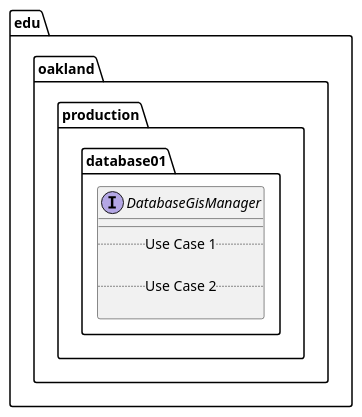
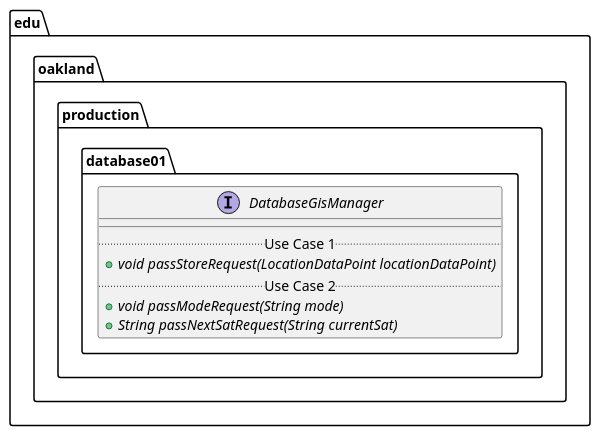
One commit to elilley15/csi-3370-software-project changed the diagram in docs/uml-class-diagrams/database01/production/DatabaseGisManager/DatabaseGisManager.puml. Above: the diagram before and after it, drawn with PlantUML. The commit also changed 7 other files, not shown here.

First line of the commit message:
[Database] Added Database Public Interface UML Class Diagrams (#12)

```diff
--- a/docs/uml-class-diagrams/database01/production/DatabaseGisManager/DatabaseGisManager.puml
+++ b/docs/uml-class-diagrams/database01/production/DatabaseGisManager/DatabaseGisManager.puml
@@ -1,13 +1,14 @@
 @startuml DatabaseGisManager
 
 package edu.oakland.production.database01 {
     interface DatabaseGisManager {
         __
         .. Use Case 1 ..
-
+        {abstract} + void passStoreRequest(LocationDataPoint locationDataPoint)
         .. Use Case 2 ..
-
+        {abstract} + void passModeRequest(String mode)
+        {abstract} + String passNextSatRequest(String currentSat)
     }
 }
 
 @enduml
```
